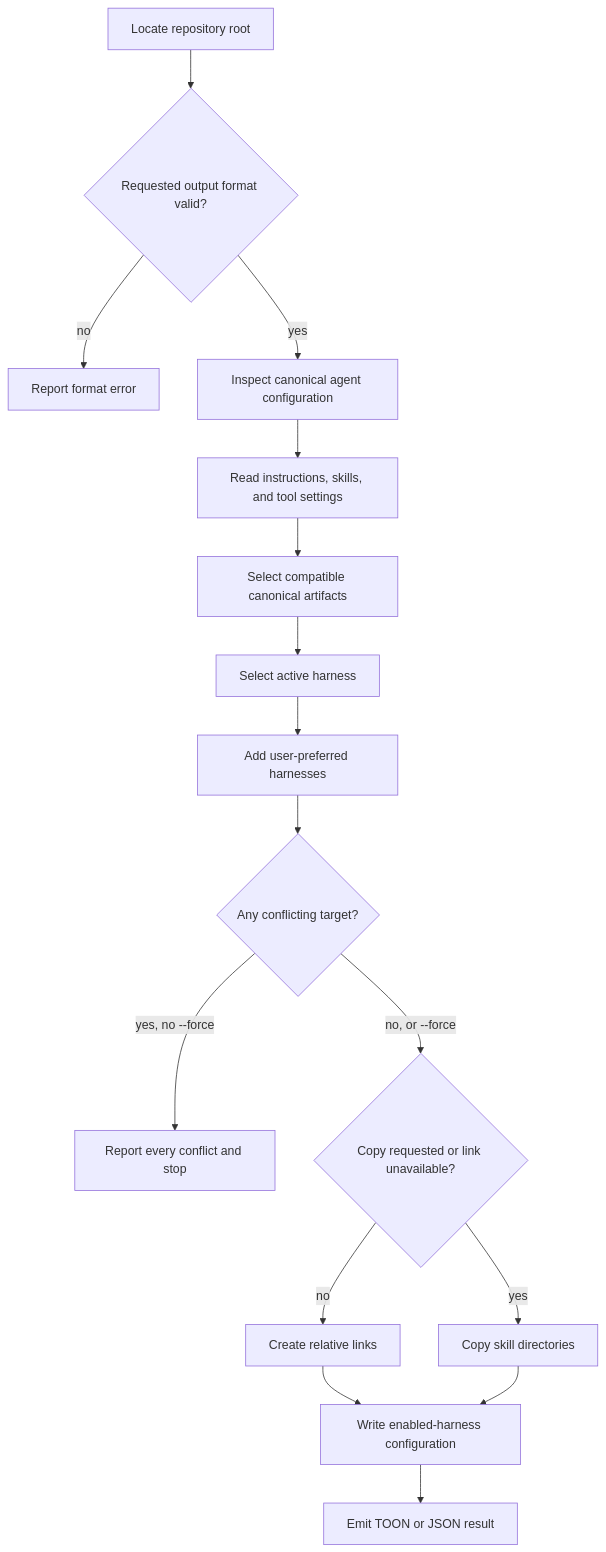
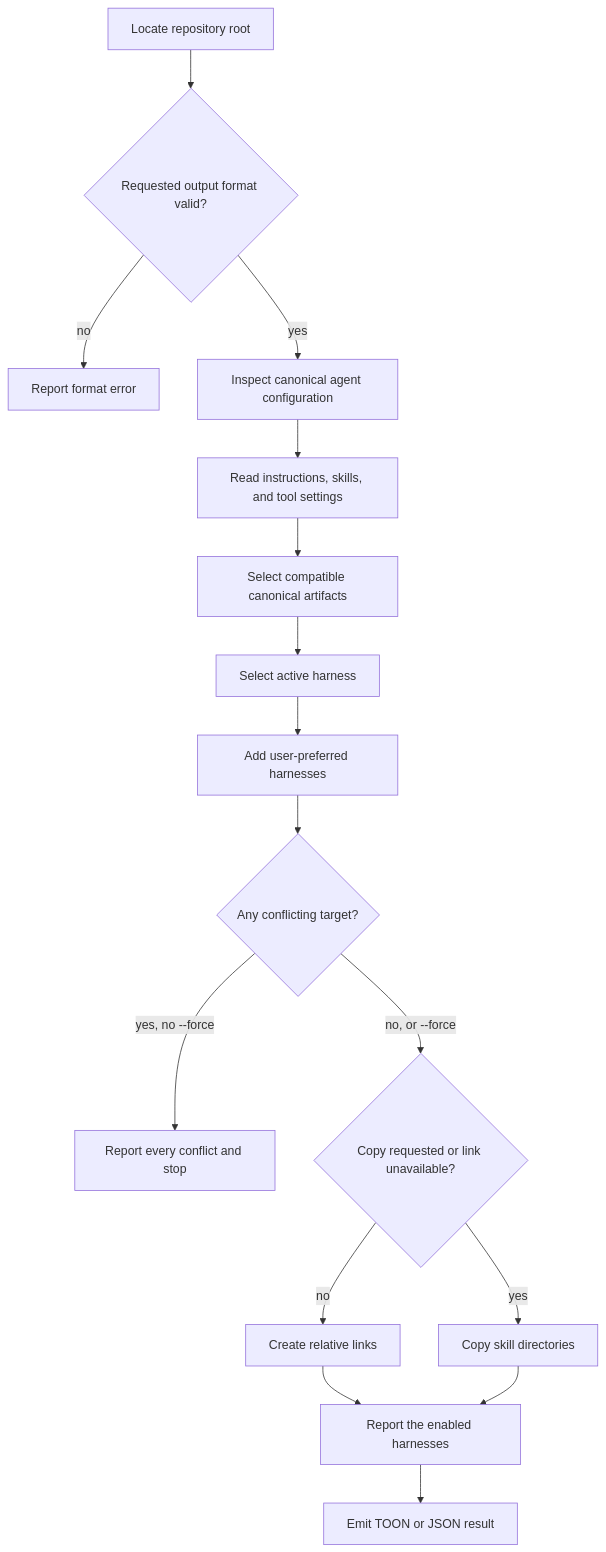
Before and after one commit to repobuddy/buddy-agent-harness: the diagram in packages/buddy-agent-harness/.agents/spec/skills/harness-init/README.md, drawn with Mermaid. The commit also changed other lines of this file and 19 other files, not shown here.

First line of the commit message:
refactor: stop recording the enabled harnesses on disk

````diff
--- a/packages/buddy-agent-harness/.agents/spec/skills/harness-init/README.md
+++ b/packages/buddy-agent-harness/.agents/spec/skills/harness-init/README.md
@@ -33,18 +33,18 @@
 ```mermaid
 flowchart TD
   A[Locate repository root] --> B{Requested output format valid?}
   B -->|no| C[Report format error]
   B -->|yes| D[Inspect canonical agent configuration]
   D --> E[Read instructions, skills, and tool settings]
   E --> F[Select compatible canonical artifacts]
   F --> G[Select active harness]
   G --> H[Add user-preferred harnesses]
   H --> I{Any conflicting target?}
   I -->|yes, no --force| J[Report every conflict and stop]
   I -->|no, or --force| K{Copy requested or link unavailable?}
   K -->|no| L[Create relative links]
   K -->|yes| M[Copy skill directories]
-  L --> N[Write enabled-harness configuration]
+  L --> N[Report the enabled harnesses]
   M --> N
   N --> O[Emit TOON or JSON result]
 ```
````
